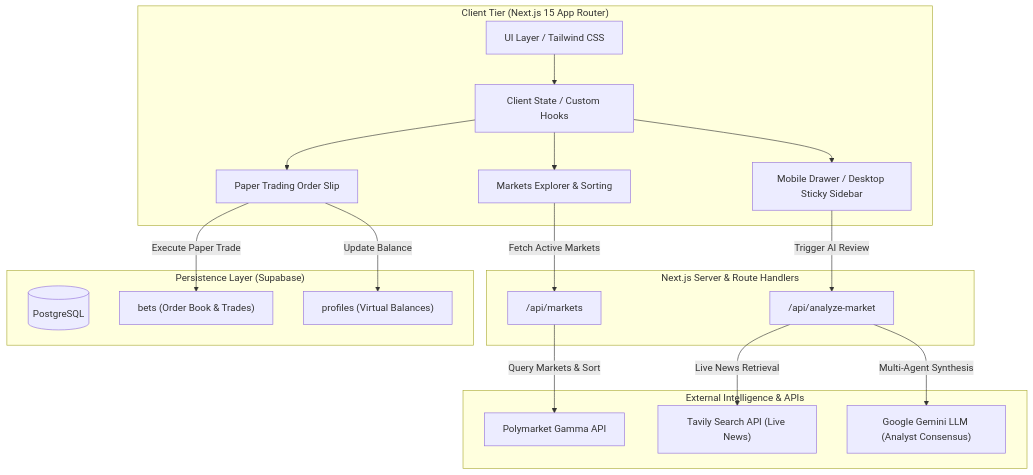
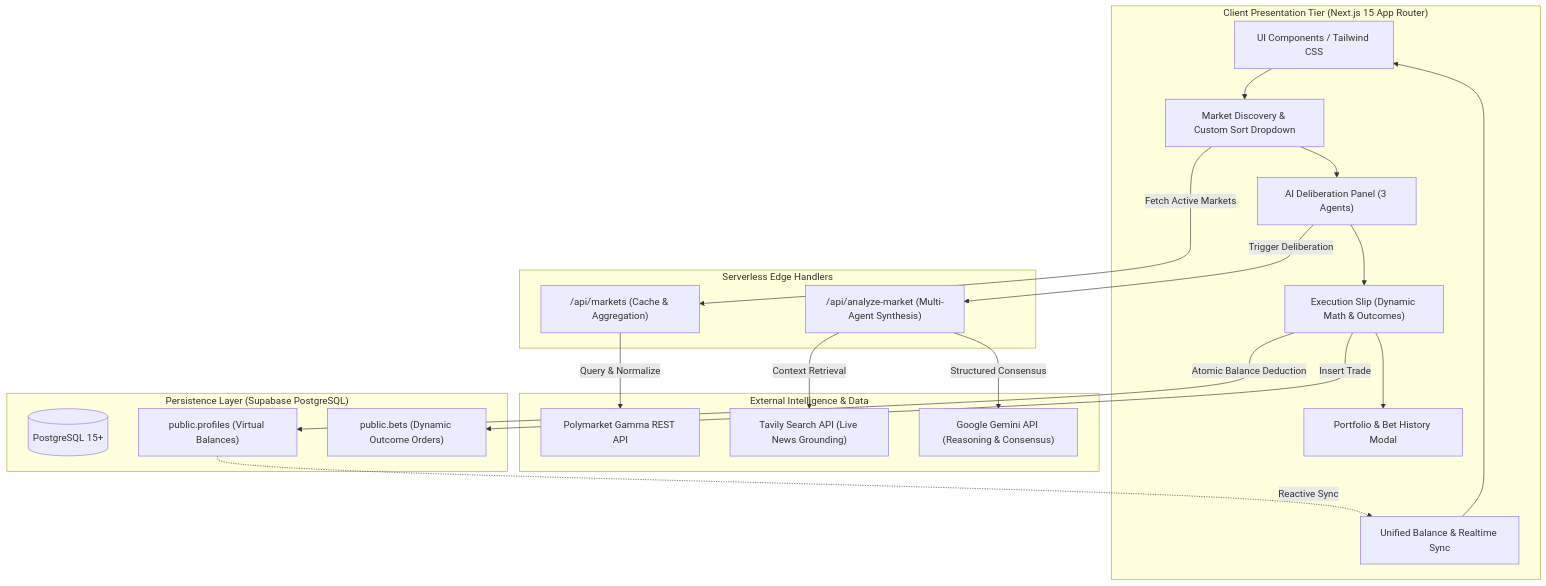
Before and after one commit to jairrodriguezm/polymarket-ai-widget: the first of 2 diagrams in README.md, drawn with Mermaid. The commit also changed other lines of this file, not shown here.

````diff
--- a/README.md
+++ b/README.md
@@ -20,42 +26,42 @@
 ```mermaid
 graph TD
-  subgraph Client ["Client Tier (Next.js 15 App Router)"]
-    UI["UI Layer / Tailwind CSS"]
-    Feed["Markets Explorer & Sorting"]
-    Drawer["Mobile Drawer / Desktop Sticky Sidebar"]
-    Slip["Paper Trading Order Slip"]
-    Store["Client State / Custom Hooks"]
+  subgraph Client ["Client Presentation Tier (Next.js 15 App Router)"]
+    UI["UI Components / Tailwind CSS"]
+    Feed["Market Discovery & Custom Sort Dropdown"]
+    Committee["AI Deliberation Panel (3 Agents)"]
+    Slip["Execution Slip (Dynamic Math & Outcomes)"]
+    PortfolioModal["Portfolio & Bet History Modal"]
+    BalanceHook["Unified Balance & Realtime Sync"]
   end
 
-  subgraph Edge ["Next.js Server & Route Handlers"]
-    APIMarkets["/api/markets"]
-    APIAnalyze["/api/analyze-market"]
+  subgraph Edge ["Serverless Edge Handlers"]
+    APIMarkets["/api/markets (Cache & Aggregation)"]
+    APIAnalyze["/api/analyze-market (Multi-Agent Synthesis)"]
   end
 
-  subgraph External ["External Intelligence & APIs"]
-    Poly["Polymarket Gamma API"]
-    Tavily["Tavily Search API (Live News)"]
-    Gemini["Google Gemini LLM (Analyst Consensus)"]
+  subgraph ExternalServices ["External Intelligence & Data"]
+    Poly["Polymarket Gamma REST API"]
+    Tavily["Tavily Search API (Live News Grounding)"]
+    Gemini["Google Gemini API (Reasoning & Consensus)"]
   end
 
-  subgraph Persistence ["Persistence Layer (Supabase)"]
-    DB[(PostgreSQL)]
-    TableBets["bets (Order Book & Trades)"]
-    TableUsers["profiles (Virtual Balances)"]
+  subgraph Persistence ["Persistence Layer (Supabase PostgreSQL)"]
+    DB[(PostgreSQL 15+)]
+    ProfilesTable["public.profiles (Virtual Balances)"]
+    BetsTable["public.bets (Dynamic Outcome Orders)"]
   end
 
-  UI --> Store
-  Store --> Feed
-  Store --> Drawer
-  Store --> Slip
-
+  UI --> Feed
+  Feed --> Committee
+  Committee --> Slip
+  Slip --> PortfolioModal
   Feed -->|Fetch Active Markets| APIMarkets
-  APIMarkets -->|Query Markets & Sort| Poly
-
-  Drawer -->|Trigger AI Review| APIAnalyze
-  APIAnalyze -->|Live News Retrieval| Tavily
-  APIAnalyze -->|Multi-Agent Synthesis| Gemini
-
-  Slip -->|Execute Paper Trade| TableBets
-  Slip -->|Update Balance| TableUsers
+  APIMarkets -->|Query & Normalize| Poly
+  Committee -->|Trigger Deliberation| APIAnalyze
+  APIAnalyze -->|Context Retrieval| Tavily
+  APIAnalyze -->|Structured Consensus| Gemini
+  Slip -->|Insert Trade| BetsTable
+  Slip -->|Atomic Balance Deduction| ProfilesTable
+  ProfilesTable -.->|Reactive Sync| BalanceHook
+  BalanceHook --> UI
 ```
````
